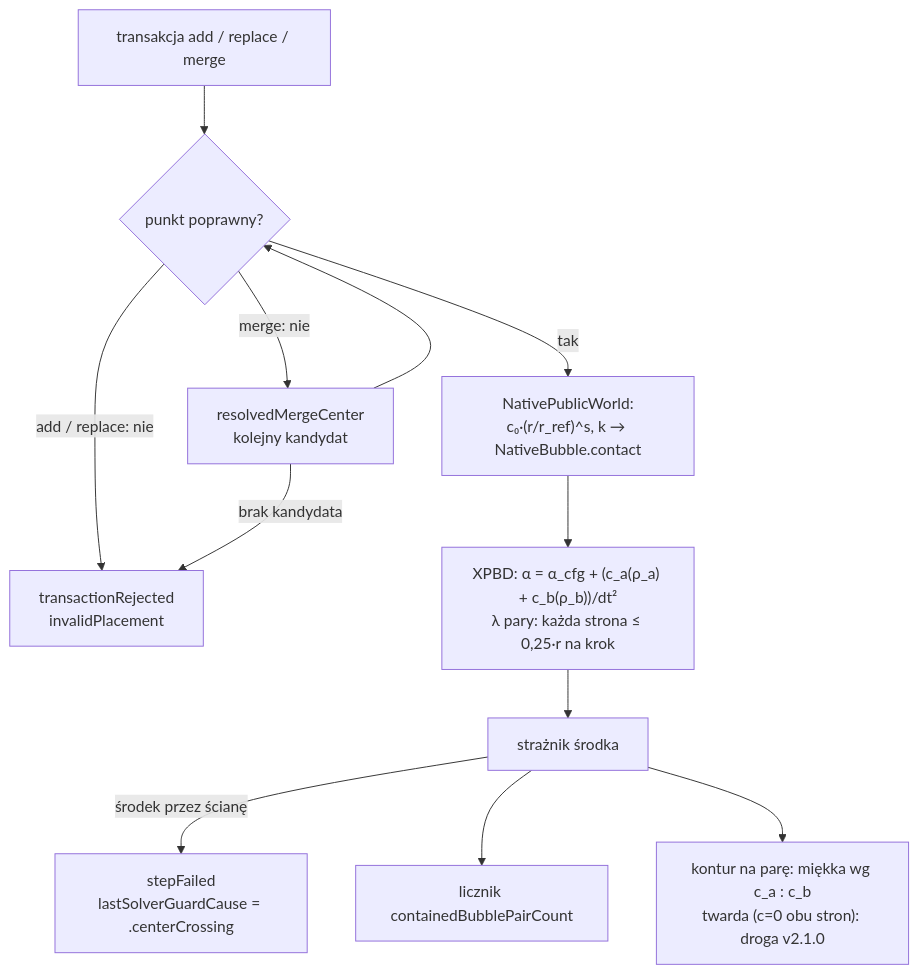
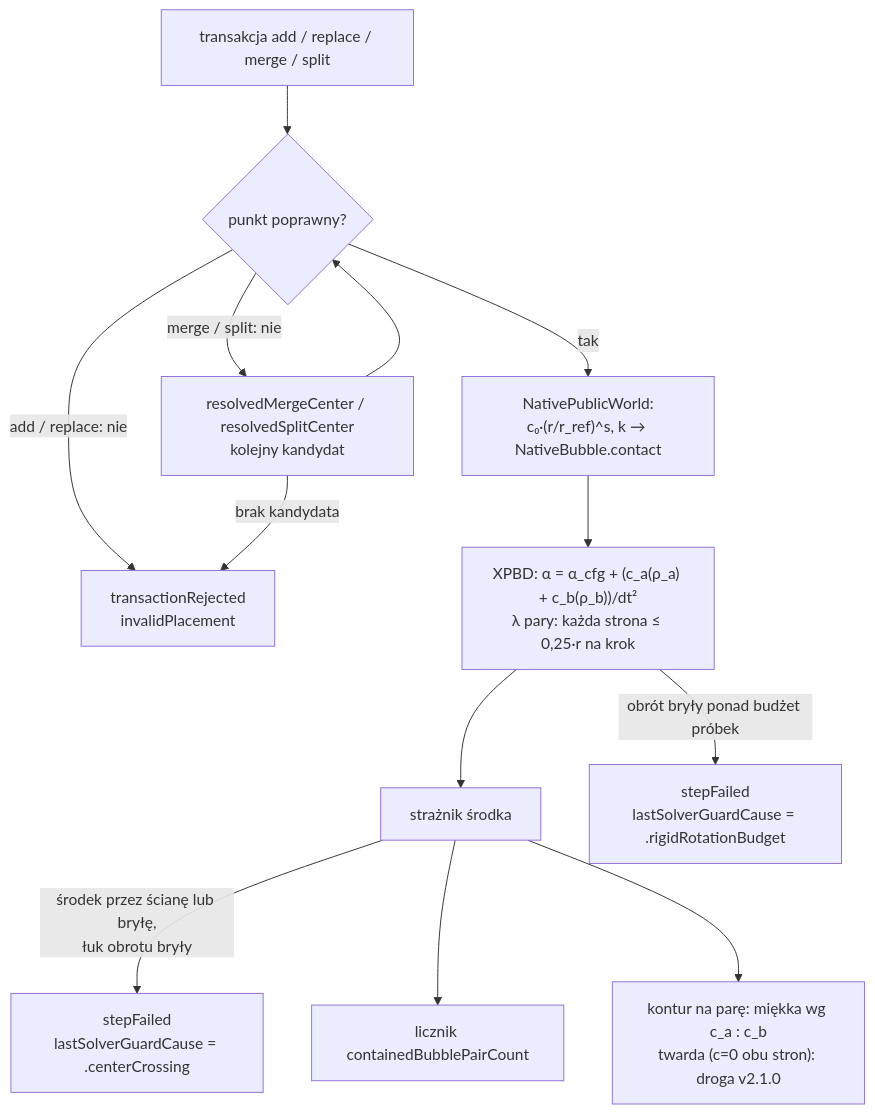
The third of 3 diagrams in docs/sdlc/changes/2026-11-14-crowd-solver-compression/change-design.md (MariuszAdamowicz/BubblePhysics), drawn with Mermaid before and after one commit. The commit also changed other lines of this file, not shown here.

````diff
--- a/docs/sdlc/changes/2026-11-14-crowd-solver-compression/change-design.md
+++ b/docs/sdlc/changes/2026-11-14-crowd-solver-compression/change-design.md
@@ -194,13 +194,14 @@
 ```mermaid
 flowchart TD
-  tx["transakcja add / replace / merge"] --> val{"punkt poprawny?"}
+  tx["transakcja add / replace / merge / split"] --> val{"punkt poprawny?"}
   val -->|"add / replace: nie"| rej["transactionRejected<br/>invalidPlacement"]
-  val -->|"merge: nie"| alt["resolvedMergeCenter<br/>kolejny kandydat"] --> val
+  val -->|"merge / split: nie"| alt["resolvedMergeCenter / resolvedSplitCenter<br/>kolejny kandydat"] --> val
   alt -->|"brak kandydata"| rej
   val -->|tak| host["NativePublicWorld:<br/>c₀·(r/r_ref)^s, k → NativeBubble.contact"]
   host --> xpbd["XPBD: α = α_cfg + (c_a(ρ_a) + c_b(ρ_b))/dt²<br/>λ pary: każda strona ≤ 0,25·r na krok"]
   xpbd --> guard["strażnik środka"]
-  guard -->|"środek przez ścianę"| step["stepFailed<br/>lastSolverGuardCause = .centerCrossing"]
+  guard -->|"środek przez ścianę lub bryłę,<br/>łuk obrotu bryły"| step["stepFailed<br/>lastSolverGuardCause = .centerCrossing"]
+  xpbd -->|"obrót bryły ponad budżet próbek"| rot["stepFailed<br/>lastSolverGuardCause = .rigidRotationBudget"]
   guard --> count["licznik containedBubblePairCount"]
   guard --> contour["kontur na parę: miękka wg c_a : c_b<br/>twarda (c=0 obu stron): droga v2.1.0"]
 ```
````
